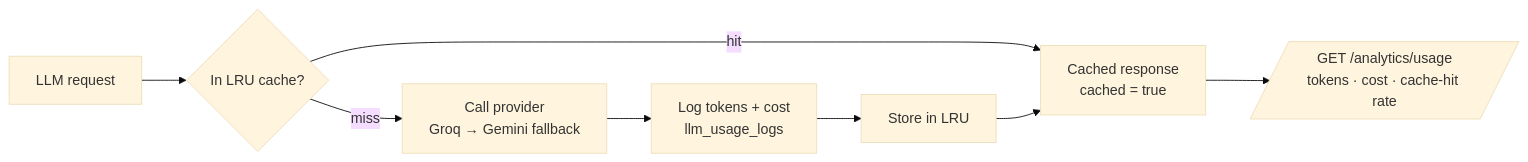
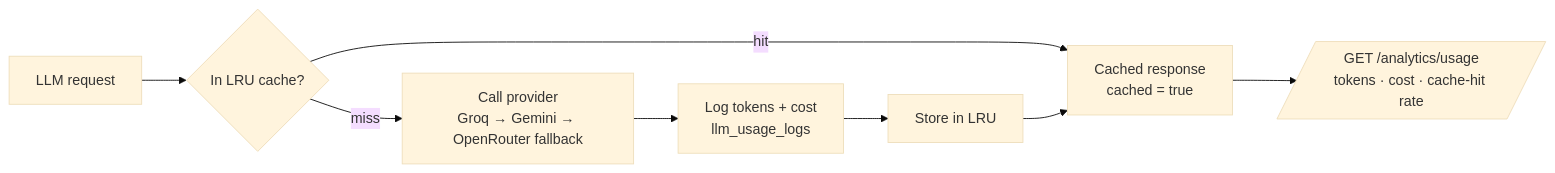
Before and after one commit to manav-2812/synapse: the seventh of 13 diagrams in README.md, drawn with Mermaid (base theme). The commit also changed other lines of this file, not shown here.

Commit message:
docs: add multi-provider fallback, CI/CD, eval, and auth sequence diagrams to README

````diff
--- a/README.md
+++ b/README.md
@@ -311,10 +348,10 @@
 ```mermaid
 flowchart LR
   Req[LLM request] --> Cache{In LRU cache?}
   Cache -->|hit| Return[Cached response<br/>cached = true]
-  Cache -->|miss| LLM[Call provider<br/>Groq → Gemini fallback]
+  Cache -->|miss| LLM[Call provider<br/>Groq → Gemini → OpenRouter fallback]
   LLM --> Meter[Log tokens + cost<br/>llm_usage_logs]
   Meter --> Store[Store in LRU]
   Store --> Return
   Return --> Usage[/GET /analytics/usage<br/>tokens · cost · cache-hit rate/]
 ```
````
